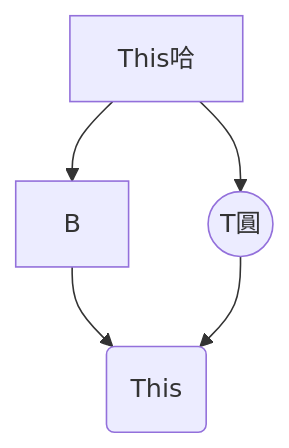
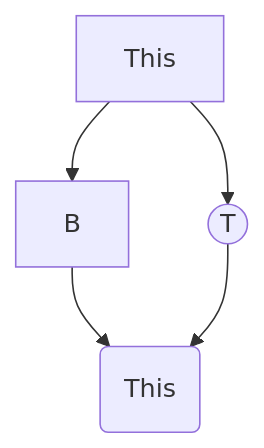
One commit to hfyeh/taiji changed the second of 2 diagrams in chap04/README.md. Above: the diagram before and after it, drawn with Mermaid.

````diff
--- a/chap04/README.md
+++ b/chap04/README.md
@@ -38,7 +38,7 @@
 ``` mermaid
 graph TD;
-    A[This哈]-->B;
-    A-->C((T圓));
+    A[This]-->B;
+    A-->C((T));
     B-->D;
     C-->D(This);
 ```
````
